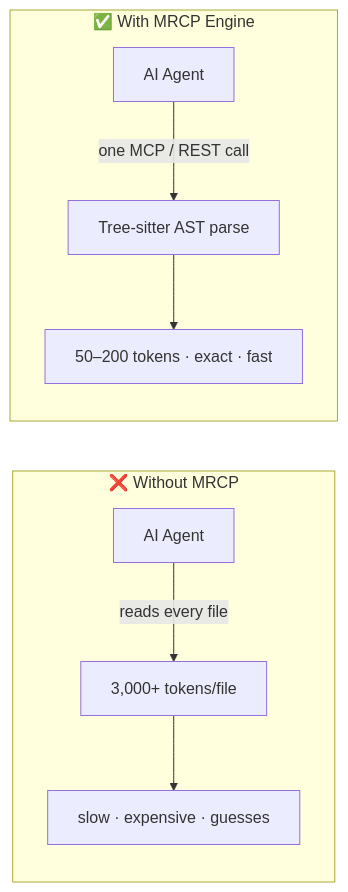
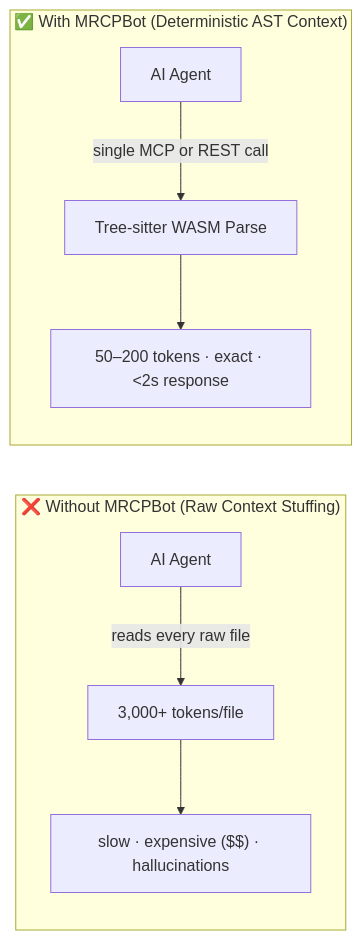
One commit to faelscarpato/mrcpbot changed the first of 2 diagrams in README.md. Above: the diagram before and after it, drawn with Mermaid. The commit also changed other lines of this file and 41 other files, not shown here.

First line of the commit message:
chore: rename MRCP Engine to MRCPBot

````diff
--- a/README.md
+++ b/README.md
@@ -39,11 +40,11 @@
 ```mermaid
 flowchart LR
-    subgraph before["❌ Without MRCP"]
-        A1["AI Agent"] -->|"reads every file"| A2["3,000+ tokens/file"]
-        A2 --> A3["slow · expensive · guesses"]
+    subgraph before["❌ Without MRCPBot (Raw Context Stuffing)"]
+        A1["AI Agent"] -->|"reads every raw file"| A2["3,000+ tokens/file"]
+        A2 --> A3["slow · expensive ($$) · hallucinations"]
     end
-    subgraph after["✅ With MRCP Engine"]
-        B1["AI Agent"] -->|"one MCP / REST call"| B2["Tree-sitter AST parse"]
-        B2 --> B3["50–200 tokens · exact · fast"]
+    subgraph after["✅ With MRCPBot (Deterministic AST Context)"]
+        B1["AI Agent"] -->|"single MCP or REST call"| B2["Tree-sitter WASM Parse"]
+        B2 --> B3["50–200 tokens · exact · <2s response"]
     end
 ```
````
